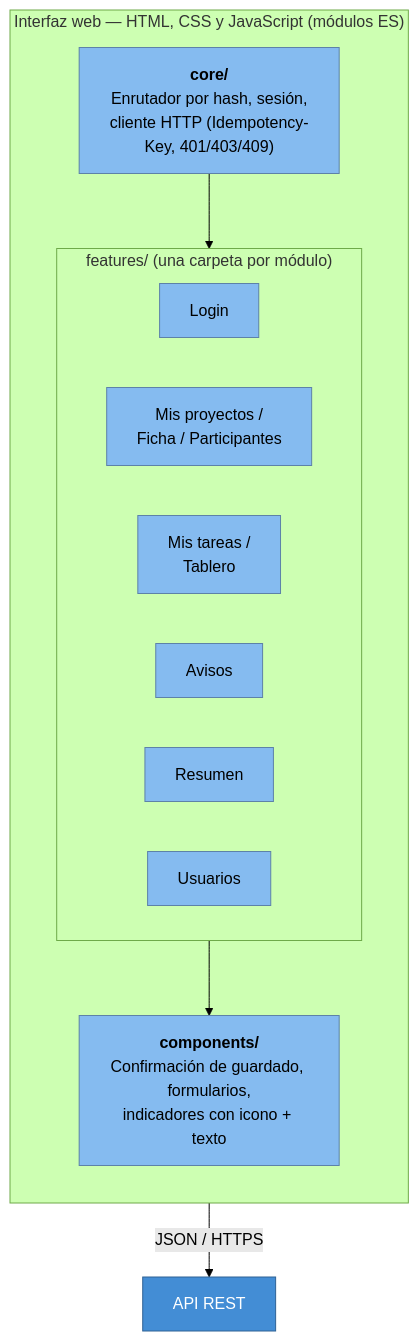
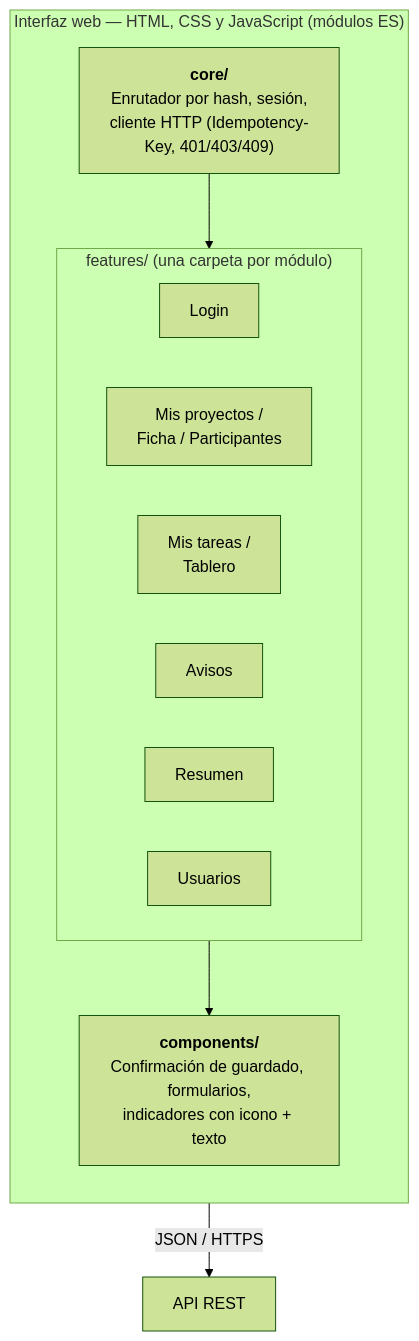
The fifth of 6 diagrams in docs/Arquitectura_Gestion_Proyectos.md (FabianReyna17/ProjectManagement), drawn with Mermaid (forest theme) before and after one commit. The commit also changed other lines of this file, not shown here.

````diff
--- a/docs/Arquitectura_Gestion_Proyectos.md
+++ b/docs/Arquitectura_Gestion_Proyectos.md
@@ -185,28 +164,23 @@
 ```mermaid
 flowchart TB
     subgraph WEB["Interfaz web — HTML, CSS y JavaScript (módulos ES)"]
         direction TB
         core["<b>core/</b><br/>Enrutador por hash, sesión,<br/>cliente HTTP (Idempotency-Key, 401/403/409)"]
         subgraph F["features/ (una carpeta por módulo)"]
             direction LR
             f_auth["Login"]
             f_proy["Mis proyectos /<br/>Ficha / Participantes"]
             f_tar["Mis tareas /<br/>Tablero"]
             f_av["Avisos"]
             f_rep["Resumen"]
             f_adm["Usuarios"]
         end
         comp["<b>components/</b><br/>Confirmación de guardado, formularios,<br/>indicadores con icono + texto"]
     end
 
     api["API REST"]
 
     core --> F
     F --> comp
     core -- "JSON / HTTPS" --> api
-
-    classDef ext fill:#438dd5,stroke:#2e6295,color:#fff
-    classDef comp fill:#85bbf0,stroke:#5d82a8,color:#000
-    class api ext
-    class core,f_auth,f_proy,f_tar,f_av,f_rep,f_adm,comp comp
 ```
````
